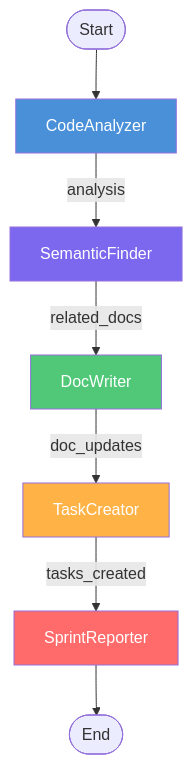
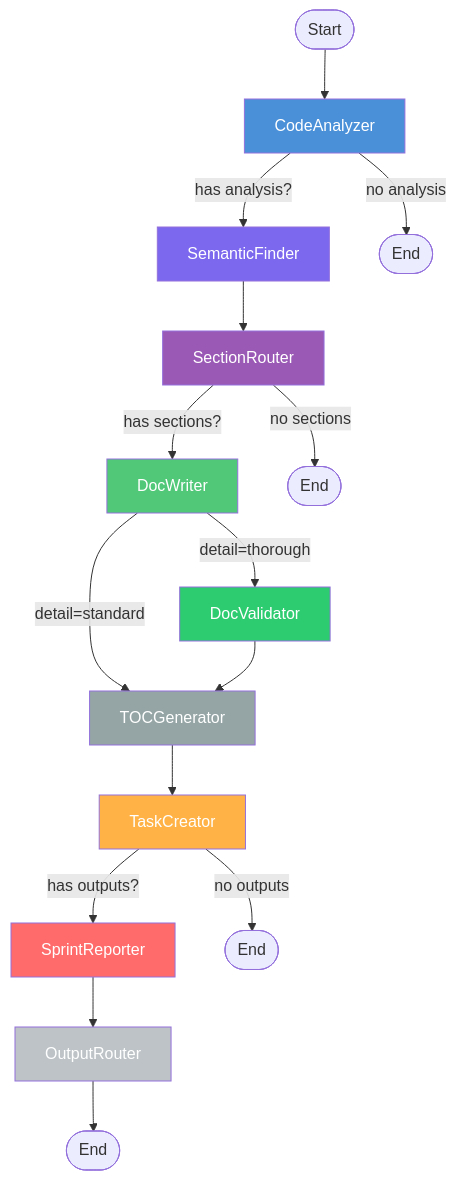
The first of 9 diagrams in docs/agents.md (sarupurisailalith/codebase-cortex), drawn with Mermaid before and after one commit. The commit also changed other lines of this file and 8 other files, not shown here.

````diff
--- a/docs/agents.md
+++ b/docs/agents.md
@@ -7,15 +58,27 @@
 ```mermaid
 graph TD
     START([Start]) --> CA
-    CA[CodeAnalyzer] -->|analysis| SF[SemanticFinder]
-    SF -->|related_docs| DW[DocWriter]
-    DW -->|doc_updates| TC[TaskCreator]
-    TC -->|tasks_created| SR[SprintReporter]
-    SR --> END([End])
+    CA[CodeAnalyzer] -->|has analysis?| SF[SemanticFinder]
+    CA -->|no analysis| END_1([End])
+    SF --> SCR[SectionRouter]
+    SCR -->|has sections?| DW[DocWriter]
+    SCR -->|no sections| END_2([End])
+    DW -->|detail=thorough| DV[DocValidator]
+    DW -->|detail=standard| TOC[TOCGenerator]
+    DV --> TOC
+    TOC --> TC[TaskCreator]
+    TC -->|has outputs?| SR[SprintReporter]
+    TC -->|no outputs| END_3([End])
+    SR --> OR[OutputRouter]
+    OR --> END([End])
 
     style CA fill:#4A90D9,color:#fff
     style SF fill:#7B68EE,color:#fff
+    style SCR fill:#9B59B6,color:#fff
     style DW fill:#50C878,color:#fff
+    style DV fill:#2ECC71,color:#fff
+    style TOC fill:#95A5A6,color:#fff
     style TC fill:#FFB347,color:#fff
     style SR fill:#FF6B6B,color:#fff
+    style OR fill:#BDC3C7,color:#fff
 ```
````
